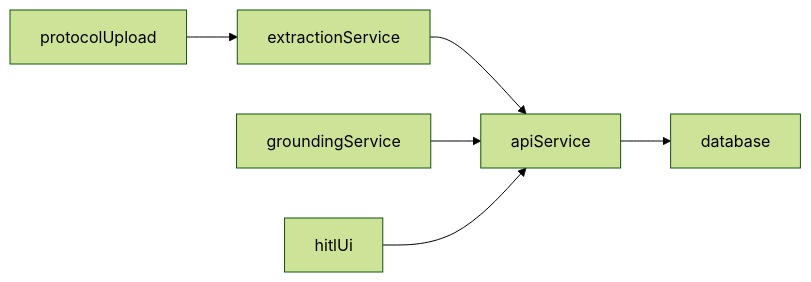
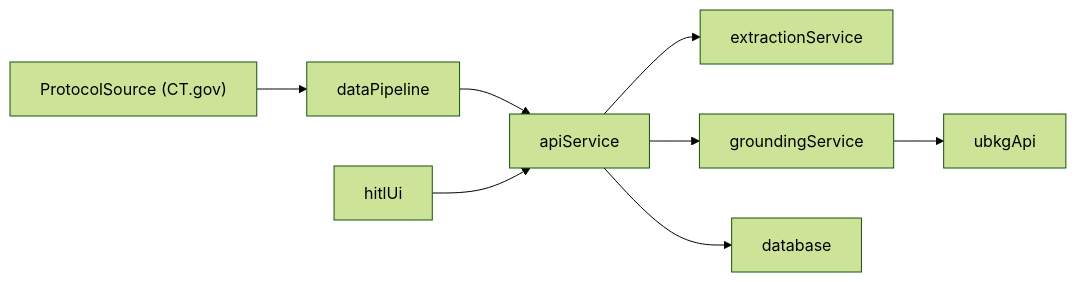
The diagram in docs/overview/architecture.md (ET-NoahDolev/medgemma-hackathon), drawn with Mermaid (forest theme) before and after one commit. The commit also changed other lines of this file and 19 other files, not shown here.

````diff
--- a/docs/overview/architecture.md
+++ b/docs/overview/architecture.md
@@ -5,8 +5,10 @@
 ```mermaid
 flowchart LR
-  protocolUpload --> extractionService
-  extractionService --> apiService
-  groundingService --> apiService
+  protocolSource["ProtocolSource (CT.gov)"] --> dataPipeline
+  dataPipeline --> apiService
+  apiService --> extractionService
+  apiService --> groundingService
+  groundingService --> ubkgApi
   hitlUi --> apiService
   apiService --> database
 ```
````
